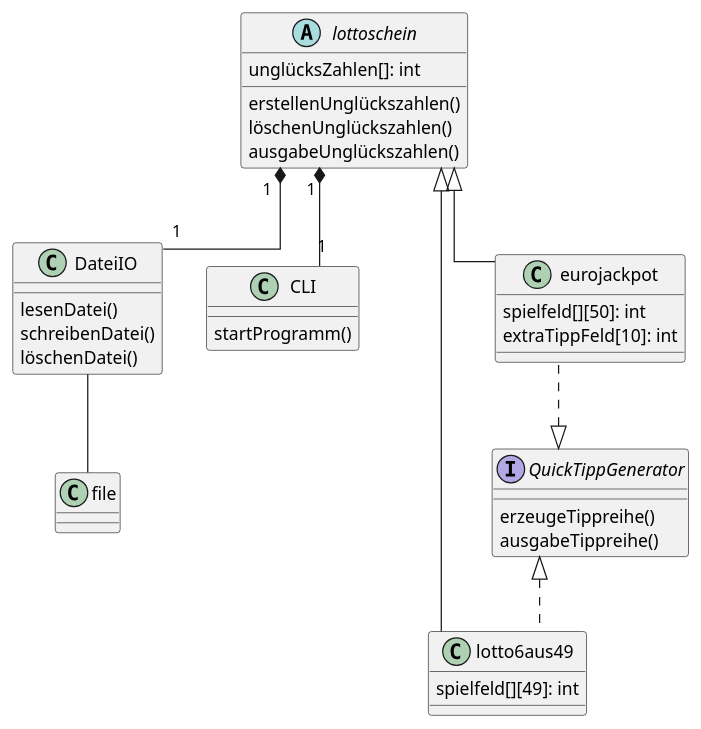
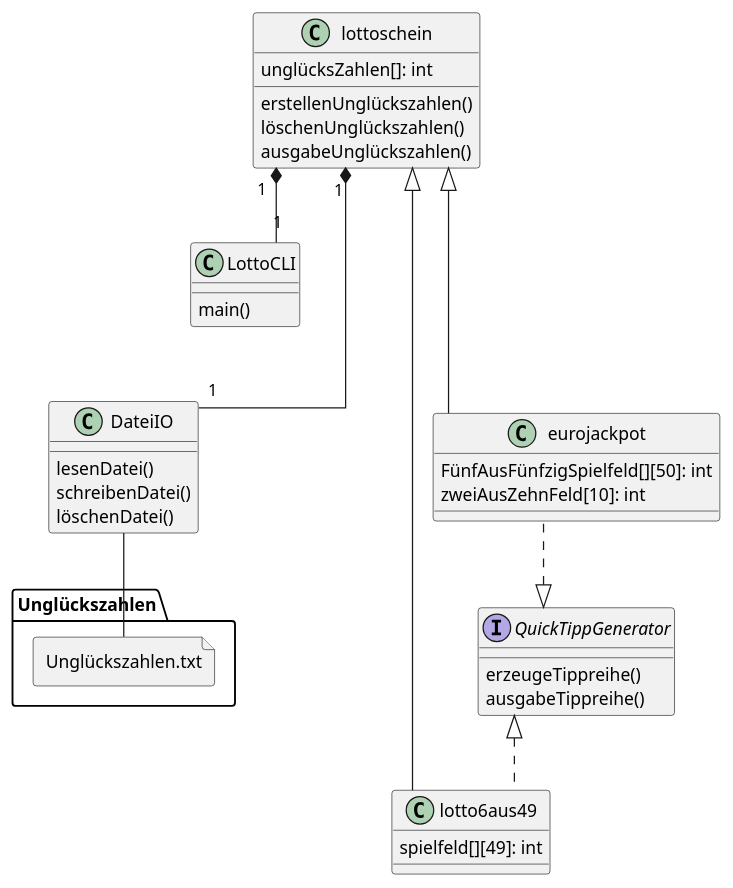
Before and after one commit to akhalife/lotto: the diagram in lotto_class_diagram.puml, drawn with PlantUML.

Commit message:
added file symbol, changed names of methods and extend lines between classes in diagram

```diff
--- a/lotto_class_diagram.puml
+++ b/lotto_class_diagram.puml
@@ -1,44 +1,47 @@
 @startuml
+allowmixing
 skinparam linetype ortho
 
 class DateiIO {
     lesenDatei()
     schreibenDatei()
     löschenDatei()
 }
 
-class CLI {
-    startProgramm()
+class LottoCLI {
+   main()
 }
 
-abstract class lottoschein{
+class lottoschein{
     unglücksZahlen[]: int
 
     erstellenUnglückszahlen()
     löschenUnglückszahlen()
     ausgabeUnglückszahlen()
 }
 
 class lotto6aus49 extends lottoschein implements QuickTippGenerator{
     'man kann max 12 spielfelder erzeugen
     spielfeld[][49]: int
 }
 
 class eurojackpot extends lottoschein implements QuickTippGenerator{
     'man kann max 12 spielfelder erzeugen
-    spielfeld[][50]: int
-    extraTippFeld[10]: int
+    FünfAusFünfzigSpielfeld[][50]: int
+    zweiAusZehnFeld[10]: int
     }
 
 
 interface QuickTippGenerator{
     erzeugeTippreihe()
     ausgabeTippreihe()
 }
 
+file "Unglückszahlen.txt"
 
 eurojackpot -[hidden]-> QuickTippGenerator
-lottoschein "1" *-- "1" CLI
-lottoschein "1" *-- "1" DateiIO
-DateiIO -- file
+eurojackpot -[hidden]--> lottoschein
+lottoschein "1" *-- "1" LottoCLI
+lottoschein "1" *--- "1" DateiIO
+DateiIO -- "Unglückszahlen.txt"
 @enduml
```
